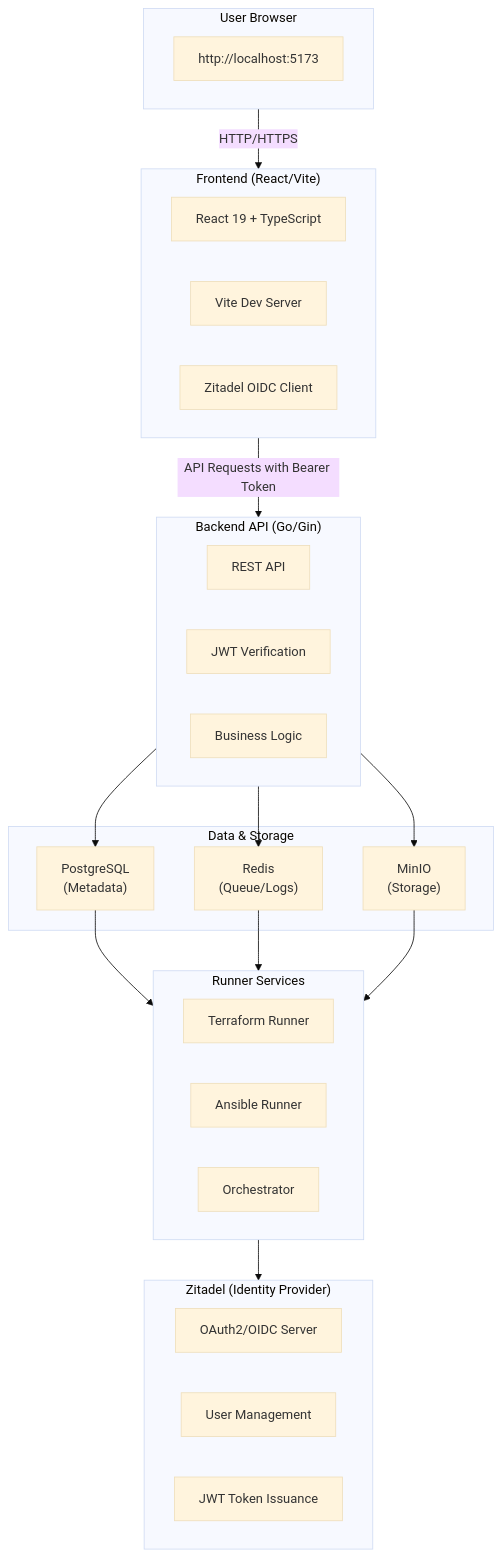
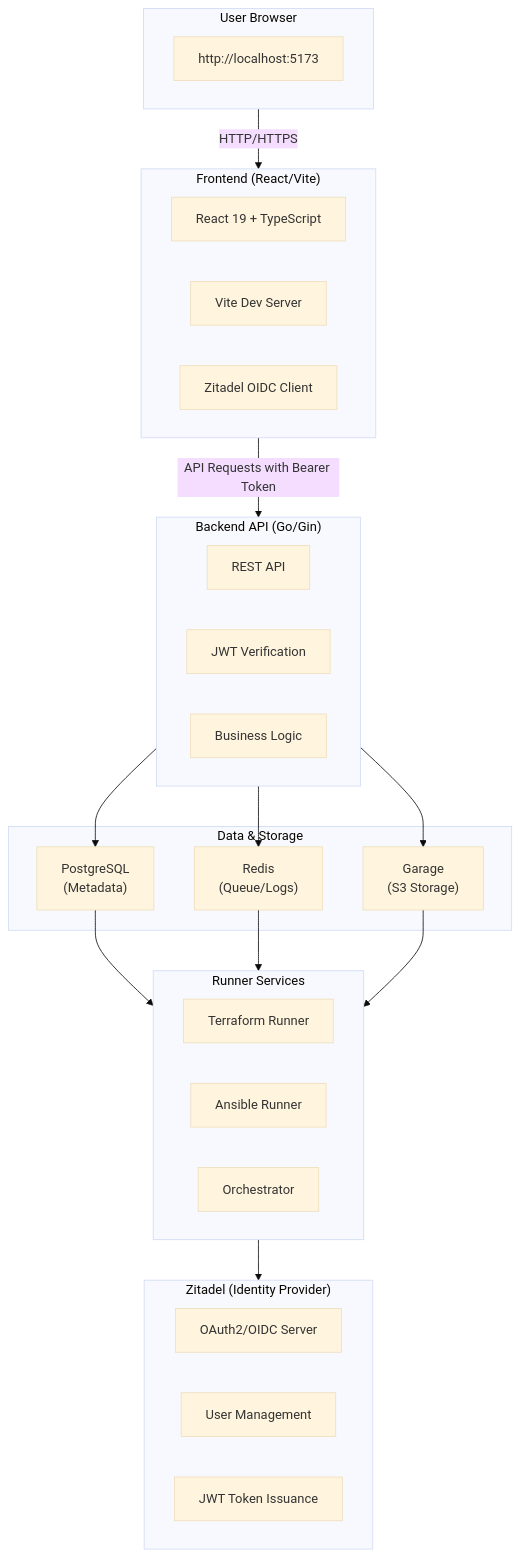
The first of 7 diagrams in docs/architecture/README.md (vhco-pro/stackweaver-frontend), drawn with Mermaid (base theme) before and after one commit. The commit also changed other lines of this file and 23 other files, not shown here.

Commit message:
Merge pull request #175 from michielvha/feat/storage-backend-rework

````diff
--- a/docs/architecture/README.md
+++ b/docs/architecture/README.md
@@ -14,46 +14,46 @@
 ```mermaid
 flowchart TB
     subgraph Browser["User Browser"]
         BrowserNote["http://localhost:5173"]
     end
 
     subgraph Frontend["Frontend (React/Vite)"]
         F1["React 19 + TypeScript"]
         F2["Vite Dev Server"]
         F3["Zitadel OIDC Client"]
     end
 
     subgraph Backend["Backend API (Go/Gin)"]
         B1["REST API"]
         B2["JWT Verification"]
         B3["Business Logic"]
     end
 
     subgraph DataLayer["Data & Storage"]
         PG["PostgreSQL<br/>(Metadata)"]
         Redis["Redis<br/>(Queue/Logs)"]
-        MinIO["MinIO<br/>(Storage)"]
+        Garage["Garage<br/>(S3 Storage)"]
     end
 
     subgraph Runners["Runner Services"]
         R1["Terraform Runner"]
         R2["Ansible Runner"]
         R3["Orchestrator"]
     end
 
     subgraph Zitadel["Zitadel (Identity Provider)"]
         Z1["OAuth2/OIDC Server"]
         Z2["User Management"]
         Z3["JWT Token Issuance"]
     end
 
     Browser -->|HTTP/HTTPS| Frontend
     Frontend -->|API Requests with Bearer Token| Backend
     Backend --> PG
     Backend --> Redis
-    Backend --> MinIO
+    Backend --> Garage
     PG --> Runners
     Redis --> Runners
-    MinIO --> Runners
+    Garage --> Runners
     Runners --> Zitadel
 ```
````
